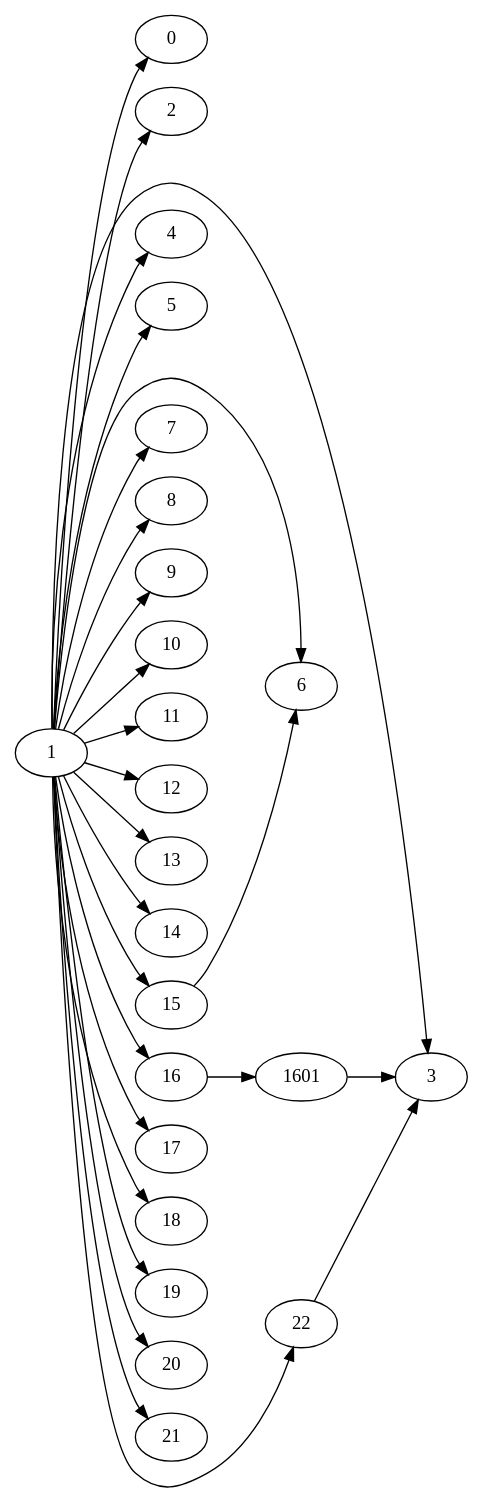
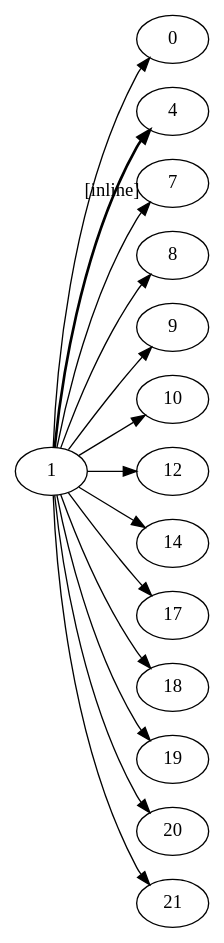
The diagram in DipLatex-dot2tex-fig1.dot (trim1962/dipModtex), drawn with Graphviz before and after one commit. The commit also changed 120 other files, not shown here.

```diff
--- a/DipLatex-dot2tex-fig1.dot
+++ b/DipLatex-dot2tex-fig1.dot
@@ -1,55 +1,30 @@
  digraph G{
   rankdir="LR";
-
-  0[style="main2 node",texlbl="book.cls"]
+  0 [style="main2 node",texlbl="book"]
   1 [style="main node",texlbl="suftesi"]
-
-  2 [style="complesso node",texlbl="geometry"]
-  3 [style="main2 node",texlbl="xkeyval"]
-  4 [style="main2 node",texlbl="enumitem"]
-  5 [style="complesso node",texlbl="caption"]
-  6 [style="complesso node",texlbl="color"]
+4 [style="main2 node",texlbl="enumitem"]
   7 [style="main2 node",texlbl="multicol"]
   8 [style="main2 node",texlbl="emptypage"]
   9 [style="main2 node",texlbl="textcase"]
   10 [style="main2 node",texlbl="ifxetex"]
-  11 [style="complesso node",texlbl="microtype"]
   12 [style="main2 node",texlbl="cclicenses"]
-  13 [style="main2 node",texlbl="fontenc"]
   14 [style="main2 node",texlbl="sostitutefont"]
-  15 [style="complesso node",texlbl="crop"]
-  16   [style="main2 node",texlbl="titlesec"]
-  1601[style="cfg node",texlbl="ttlkey.cfg"]
   17   [style="main2 node",texlbl="extramarks"]
   18   [style="main2 node",texlbl="fancyhdr"]
   19  [style="main2 node",texlbl="titletoc"]
   20  [style="main2 node",texlbl="fixltxhyph"]
   21  [style="main2 node",texlbl="mathpazo"]
-  22  [style="main2 node",texlbl="beramono"]
   1->0
-  1->2
-  1->3
-  1->4
-  1->5
-  1->6
+  1->4[style=bold,labelfloat= true, label = "[inline]"]
   1->7
   1->8
   1->9
   1->10
-  1->11
   1->12
-  1->13
   1->14
-  1->15
-  15->6
-  1->16
-  16->1601
-  1601->3
   1->17
   1->18
   1->19
   1->20
   1->21
-  1->22
-  22->3
  }
```
